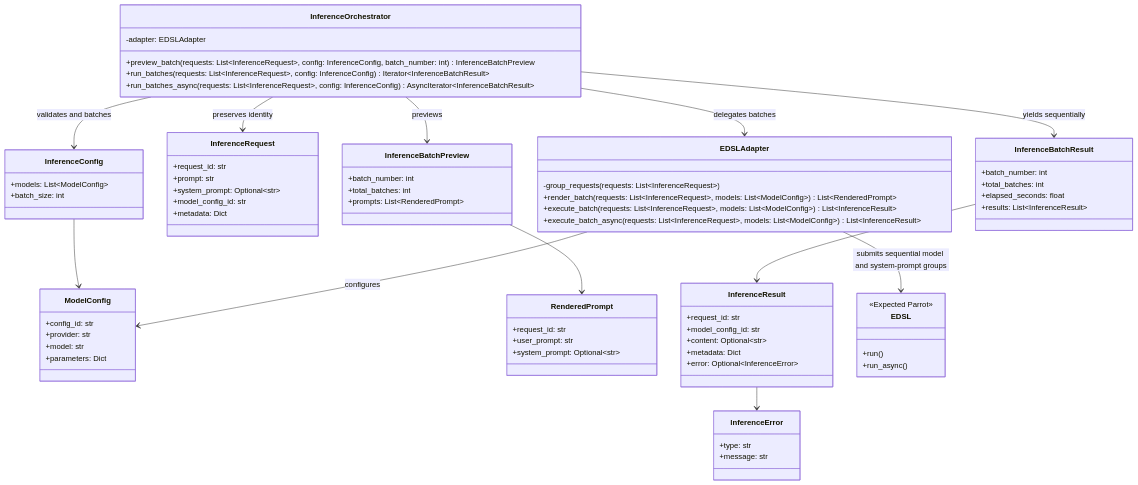
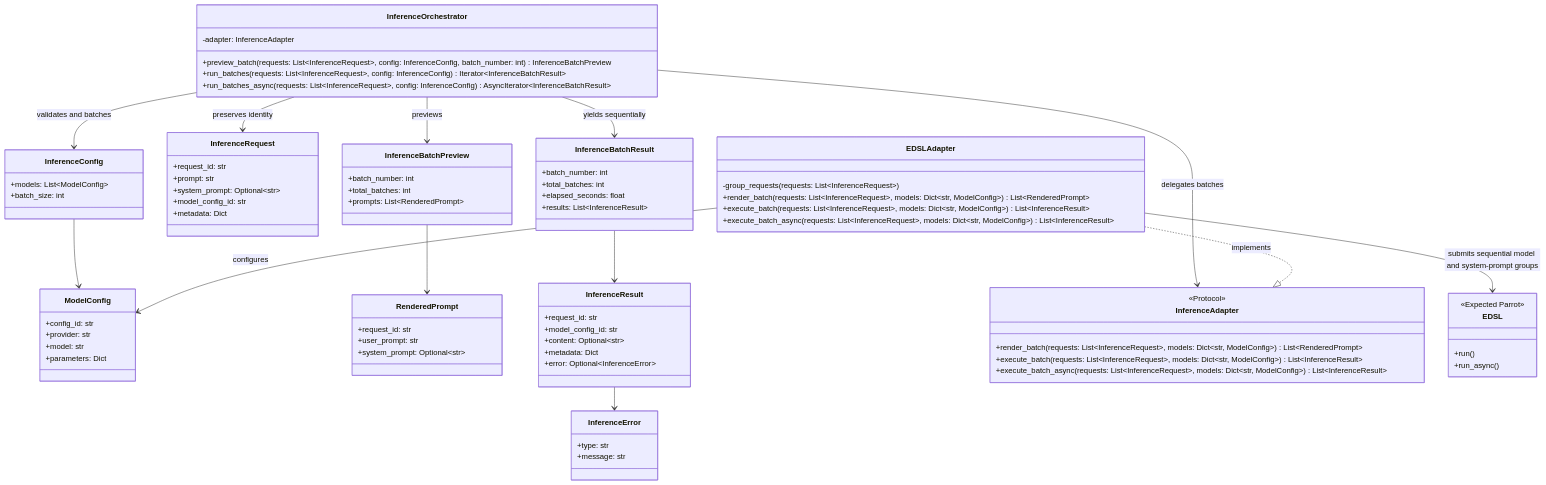
Before and after one commit to KirillUtyashev/LLM_AuditKit: the diagram in docs/architecture/inference.mmd, drawn with Mermaid. The commit also changed 6 other files, not shown here.

Commit message:
Add inference adapter boundary and batching (#10)

```diff
--- a/docs/architecture/inference.mmd
+++ b/docs/architecture/inference.mmd
@@ -1,77 +1,84 @@
 ---
 config:
   theme: mc
 ---
 classDiagram
     class InferenceConfig {
         +models: List~ModelConfig~
         +batch_size: int
     }
     class ModelConfig {
         +config_id: str
         +provider: str
         +model: str
         +parameters: Dict
     }
     class InferenceRequest {
         +request_id: str
         +prompt: str
         +system_prompt: Optional~str~
         +model_config_id: str
         +metadata: Dict
     }
     class RenderedPrompt {
         +request_id: str
         +user_prompt: str
         +system_prompt: Optional~str~
     }
     class InferenceBatchPreview {
         +batch_number: int
         +total_batches: int
         +prompts: List~RenderedPrompt~
     }
     class InferenceBatchResult {
         +batch_number: int
         +total_batches: int
         +elapsed_seconds: float
         +results: List~InferenceResult~
     }
     class InferenceResult {
         +request_id: str
         +model_config_id: str
         +content: Optional~str~
         +metadata: Dict
         +error: Optional~InferenceError~
     }
     class InferenceError {
         +type: str
         +message: str
     }
     class InferenceOrchestrator {
-        -adapter: EDSLAdapter
+        -adapter: InferenceAdapter
         +preview_batch(requests: List~InferenceRequest~, config: InferenceConfig, batch_number: int) InferenceBatchPreview
         +run_batches(requests: List~InferenceRequest~, config: InferenceConfig) Iterator~InferenceBatchResult~
         +run_batches_async(requests: List~InferenceRequest~, config: InferenceConfig) AsyncIterator~InferenceBatchResult~
     }
+    class InferenceAdapter {
+        <<Protocol>>
+        +render_batch(requests: List~InferenceRequest~, models: Dict~str, ModelConfig~) List~RenderedPrompt~
+        +execute_batch(requests: List~InferenceRequest~, models: Dict~str, ModelConfig~) List~InferenceResult~
+        +execute_batch_async(requests: List~InferenceRequest~, models: Dict~str, ModelConfig~) List~InferenceResult~
+    }
     class EDSLAdapter {
         -group_requests(requests: List~InferenceRequest~)
-        +render_batch(requests: List~InferenceRequest~, models: List~ModelConfig~) List~RenderedPrompt~
-        +execute_batch(requests: List~InferenceRequest~, models: List~ModelConfig~) List~InferenceResult~
-        +execute_batch_async(requests: List~InferenceRequest~, models: List~ModelConfig~) List~InferenceResult~
+        +render_batch(requests: List~InferenceRequest~, models: Dict~str, ModelConfig~) List~RenderedPrompt~
+        +execute_batch(requests: List~InferenceRequest~, models: Dict~str, ModelConfig~) List~InferenceResult~
+        +execute_batch_async(requests: List~InferenceRequest~, models: Dict~str, ModelConfig~) List~InferenceResult~
     }
     class EDSL {
         <<Expected Parrot>>
         +run()
         +run_async()
     }
     InferenceConfig --> ModelConfig
     InferenceOrchestrator --> InferenceConfig : validates and batches
     InferenceOrchestrator --> InferenceRequest : preserves identity
     InferenceOrchestrator --> InferenceBatchPreview : previews
     InferenceBatchPreview --> RenderedPrompt
     InferenceOrchestrator --> InferenceBatchResult : yields sequentially
     InferenceBatchResult --> InferenceResult
     InferenceResult --> InferenceError
-    InferenceOrchestrator --> EDSLAdapter : delegates batches
+    InferenceOrchestrator --> InferenceAdapter : delegates batches
+    EDSLAdapter ..|> InferenceAdapter : implements
     EDSLAdapter --> ModelConfig : configures
     EDSLAdapter --> EDSL : submits sequential model and system-prompt groups
```
